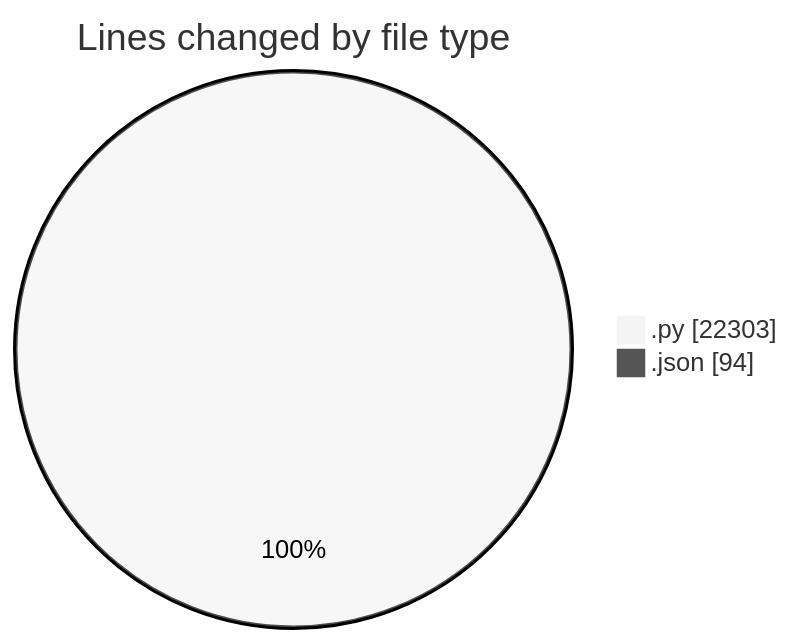
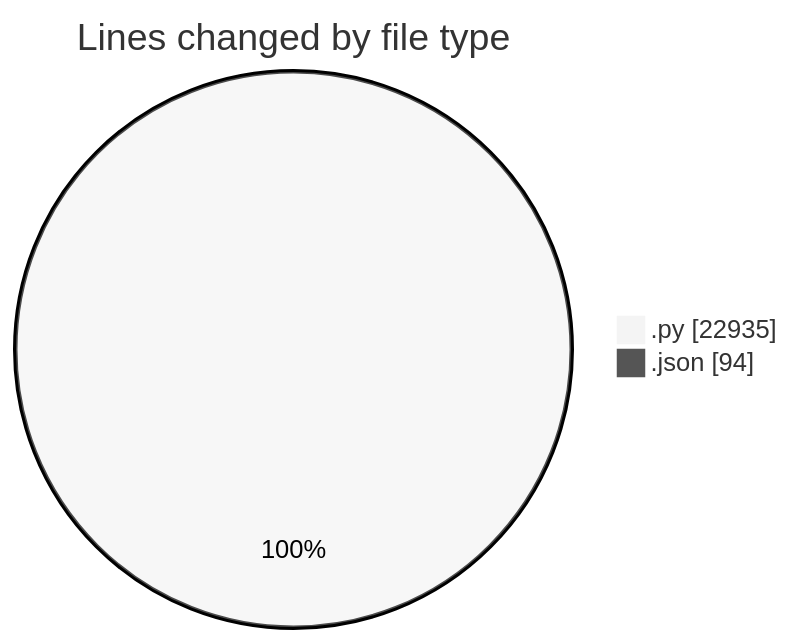
Before and after one commit to jrari/code-tracking: the first of 2 diagrams in 2025-07-14/telebot/README.md, drawn with Mermaid (neutral theme). The commit also changed other lines of this file and 1 other file, not shown here.

````diff
--- a/2025-07-14/telebot/README.md
+++ b/2025-07-14/telebot/README.md
@@ -46,6 +47,6 @@
 ```mermaid
 pie showData
 title Lines changed by file type
-".py" : 22303
+".py" : 22935
 ".json" : 94
 ```
````
